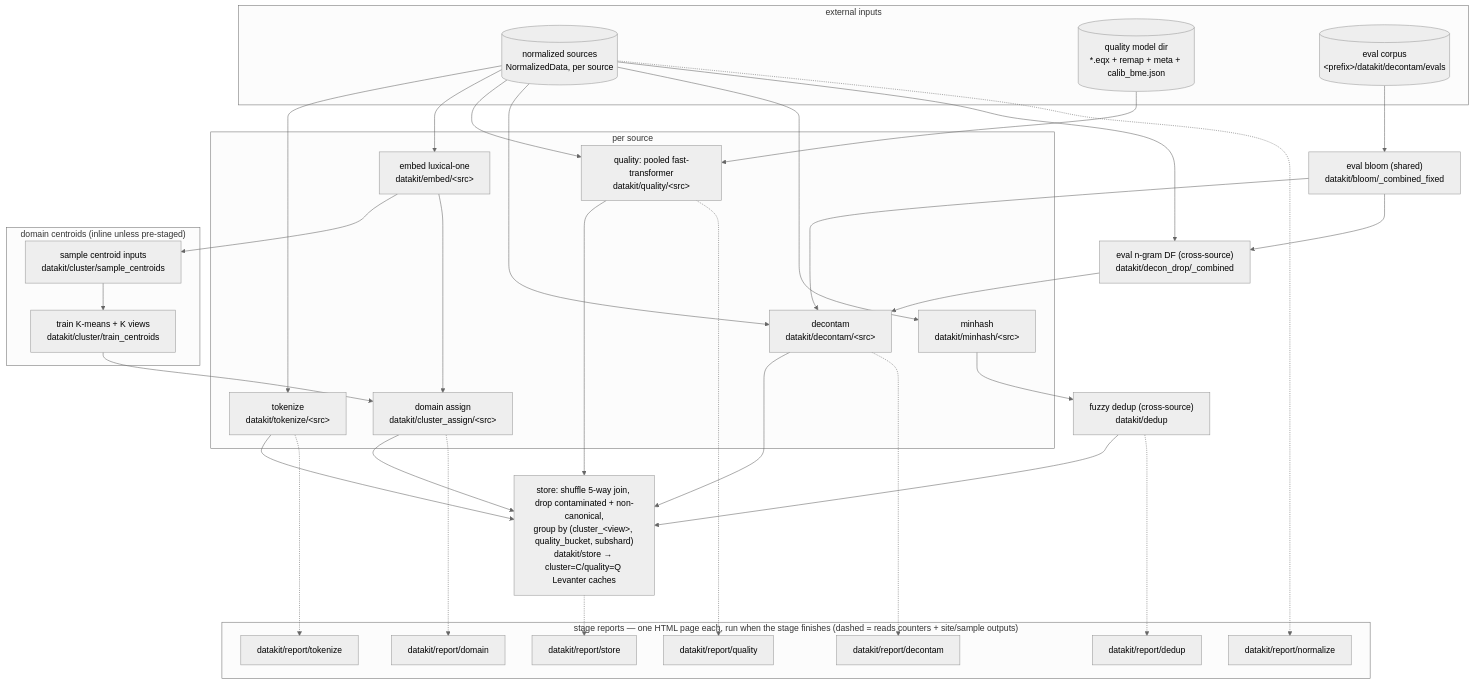
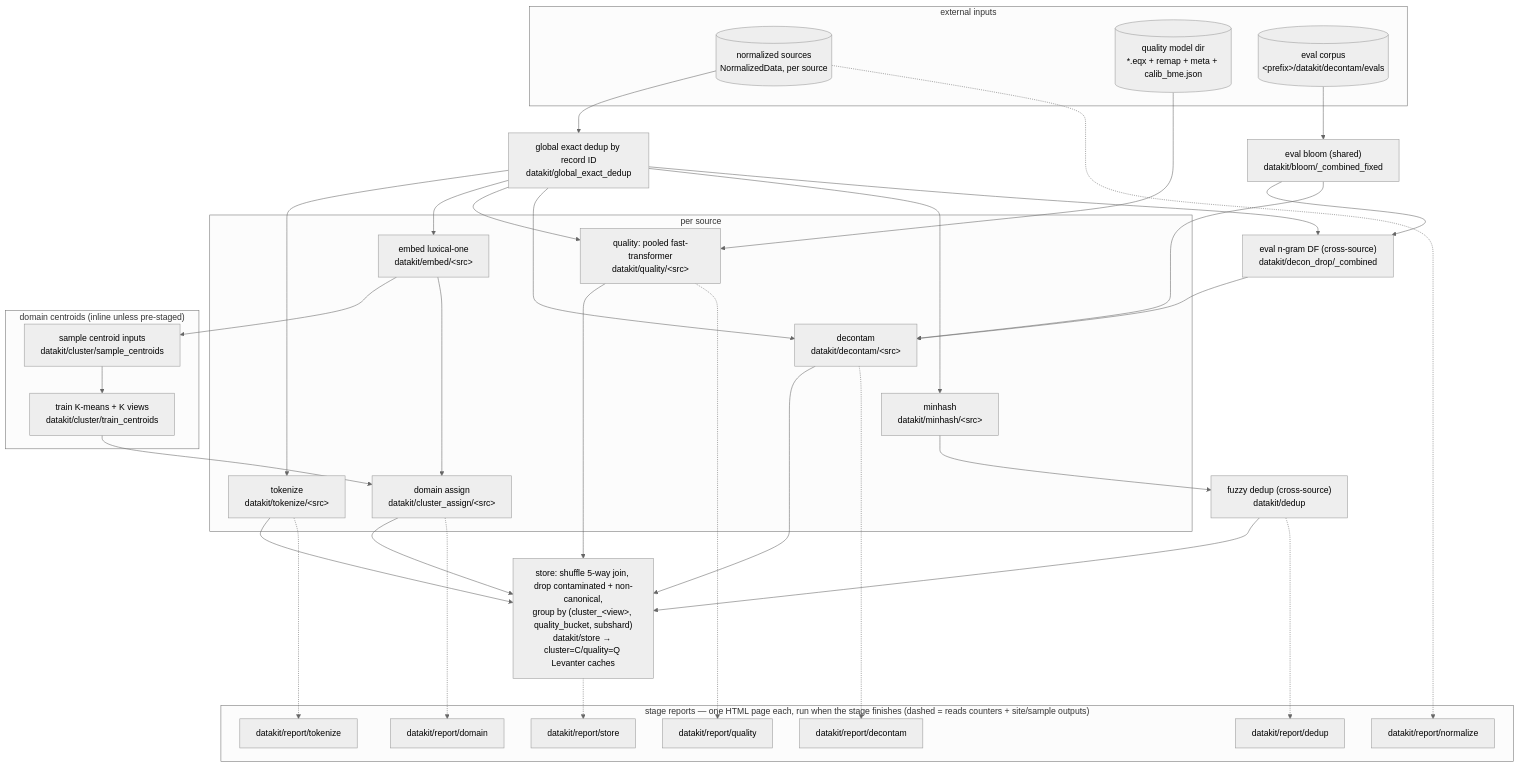
The diagram in experiments/datakit/README.md (marin-community/marin), drawn with Mermaid (neutral theme) before and after one commit. The commit also changed other lines of this file and 4 other files, not shown here.

First line of the commit message:
[datakit] Add global exact deduplication by record ID

````diff
--- a/experiments/datakit/README.md
+++ b/experiments/datakit/README.md
@@ -30,63 +34,65 @@
 ```mermaid
 flowchart TD
     subgraph inputs["external inputs"]
         SRC[("normalized sources<br/>NormalizedData, per source")]
         MODEL[("quality model dir<br/>*.eqx + remap + meta + calib_bme.json")]
         EVALS[("eval corpus<br/>&lt;prefix&gt;/datakit/decontam/evals")]
     end
 
     subgraph per_source["per source"]
         TOK["tokenize<br/>datakit/tokenize/&lt;src&gt;"]
         EMB["embed luxical-one<br/>datakit/embed/&lt;src&gt;"]
         ASG["domain assign<br/>datakit/cluster_assign/&lt;src&gt;"]
         QUAL["quality: pooled fast-transformer<br/>datakit/quality/&lt;src&gt;"]
         DECON["decontam<br/>datakit/decontam/&lt;src&gt;"]
         MH["minhash<br/>datakit/minhash/&lt;src&gt;"]
     end
 
     subgraph domain_model["domain centroids (inline unless pre-staged)"]
         SAMP["sample centroid inputs<br/>datakit/cluster/sample_centroids"]
         KM["train K-means + K views<br/>datakit/cluster/train_centroids"]
     end
 
     BLOOM["eval bloom (shared)<br/>datakit/bloom/_combined_fixed"]
     DF["eval n-gram DF (cross-source)<br/>datakit/decon_drop/_combined"]
+    EXACT["global exact dedup by record ID<br/>datakit/global_exact_dedup"]
     DEDUP["fuzzy dedup (cross-source)<br/>datakit/dedup"]
     STORE["store: shuffle 5-way join, drop contaminated + non-canonical,<br/>group by (cluster_&lt;view&gt;, quality_bucket, subshard)<br/>datakit/store → cluster=C/quality=Q Levanter caches"]
 
-    SRC --> TOK
-    SRC --> EMB
-    SRC --> QUAL
-    SRC --> DECON
-    SRC --> MH
+    SRC --> EXACT
+    EXACT --> TOK
+    EXACT --> EMB
+    EXACT --> QUAL
+    EXACT --> DECON
+    EXACT --> MH
     MODEL --> QUAL
     EVALS --> BLOOM --> DF --> DECON
-    SRC --> DF
+    EXACT --> DF
     BLOOM --> DECON
     EMB --> SAMP --> KM --> ASG
     EMB --> ASG
     MH --> DEDUP
     TOK --> STORE
     ASG --> STORE
     QUAL --> STORE
     DECON --> STORE
     DEDUP --> STORE
 
     subgraph reports["stage reports — one HTML page each, run when the stage finishes (dashed = reads counters + site/sample outputs)"]
         RN["datakit/report/normalize"]
         RT["datakit/report/tokenize"]
         RQ["datakit/report/quality"]
         RD["datakit/report/domain"]
         RC["datakit/report/decontam"]
         RU["datakit/report/dedup"]
         RS["datakit/report/store"]
     end
 
     SRC -.-> RN
     TOK -.-> RT
     QUAL -.-> RQ
     ASG -.-> RD
     DECON -.-> RC
     DEDUP -.-> RU
     STORE -.-> RS
 ```
````
